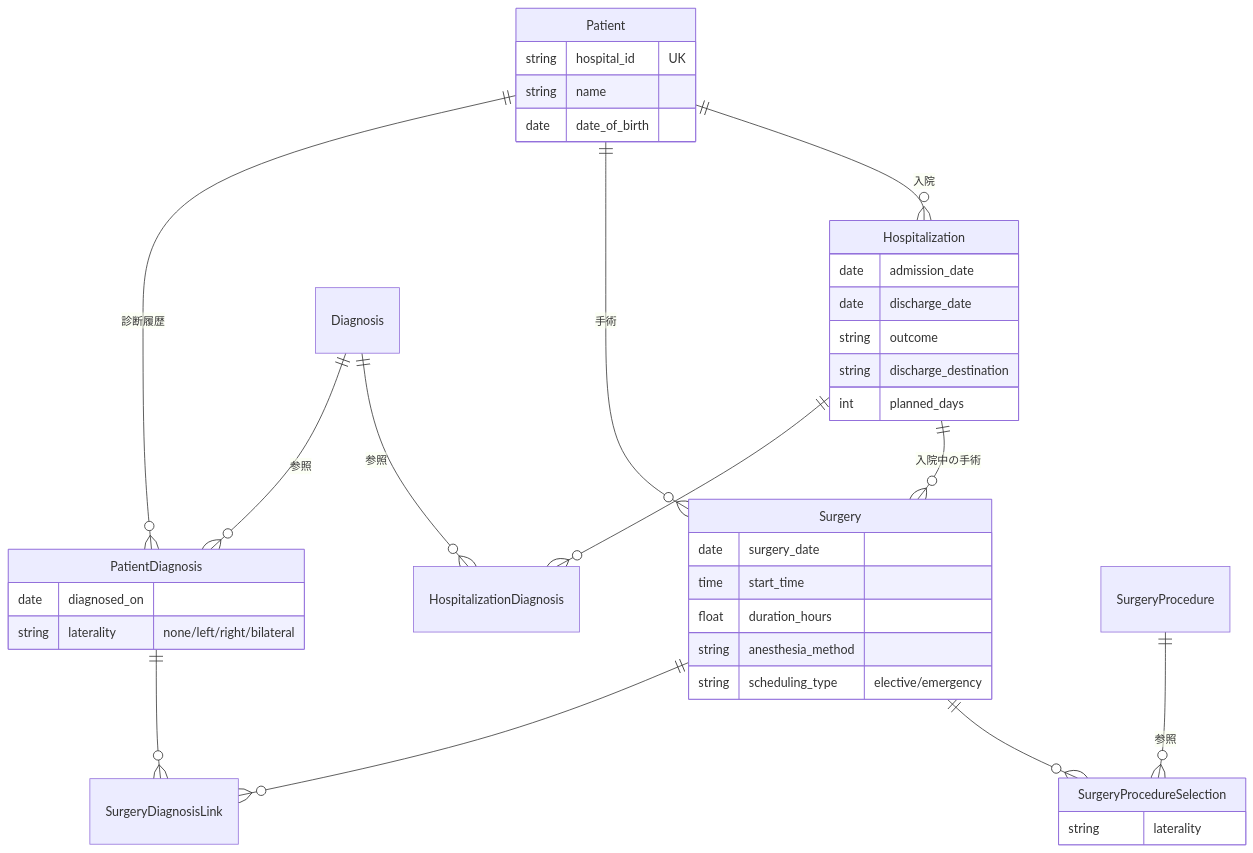
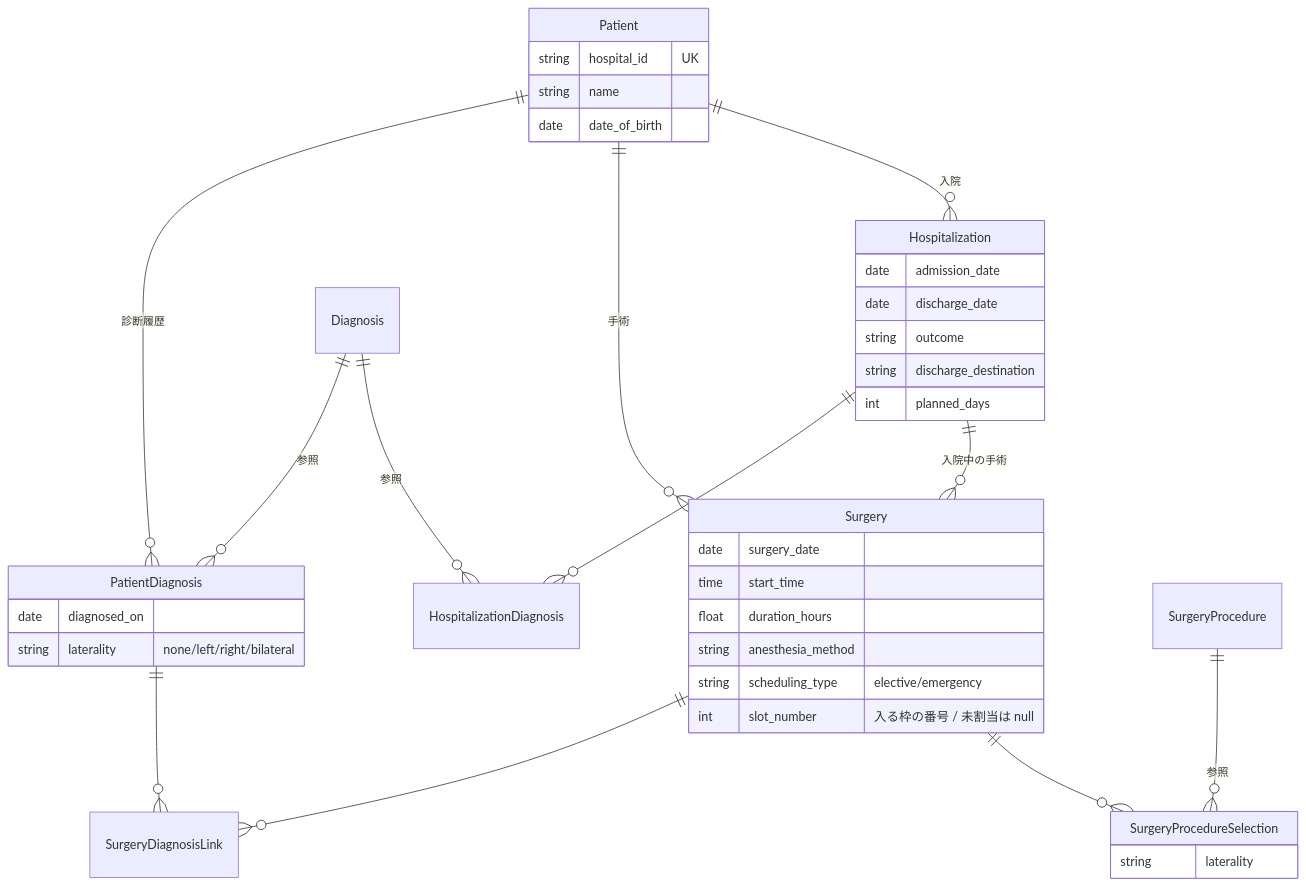
Before and after one commit to studiome/altocumulus: the diagram in README.md, drawn with Mermaid. The commit also changed other lines of this file and 16 other files, not shown here.

````diff
--- a/README.md
+++ b/README.md
@@ -108,41 +108,42 @@
 ```mermaid
 erDiagram
     Patient          ||--o{ PatientDiagnosis        : "診断履歴"
     Patient          ||--o{ Surgery                 : "手術"
     Patient          ||--o{ Hospitalization         : "入院"
     Diagnosis        ||--o{ PatientDiagnosis        : "参照"
     Diagnosis        ||--o{ HospitalizationDiagnosis: "参照"
     Hospitalization  ||--o{ HospitalizationDiagnosis: ""
     Hospitalization  ||--o{ Surgery                 : "入院中の手術"
     Surgery          ||--o{ SurgeryDiagnosisLink    : ""
     PatientDiagnosis ||--o{ SurgeryDiagnosisLink    : ""
     Surgery          ||--o{ SurgeryProcedureSelection : ""
     SurgeryProcedure ||--o{ SurgeryProcedureSelection : "参照"
 
     Patient {
         string hospital_id UK
         string name
         date   date_of_birth
     }
     PatientDiagnosis {
         date   diagnosed_on
         string laterality "none/left/right/bilateral"
     }
     Surgery {
         date   surgery_date
         time   start_time
         float  duration_hours
         string anesthesia_method
         string scheduling_type "elective/emergency"
+        int    slot_number "入る枠の番号 / 未割当は null"
     }
     Hospitalization {
         date   admission_date
         date   discharge_date
         string outcome
         string discharge_destination
         int    planned_days
     }
     SurgeryProcedureSelection {
         string laterality
     }
 ```
````
